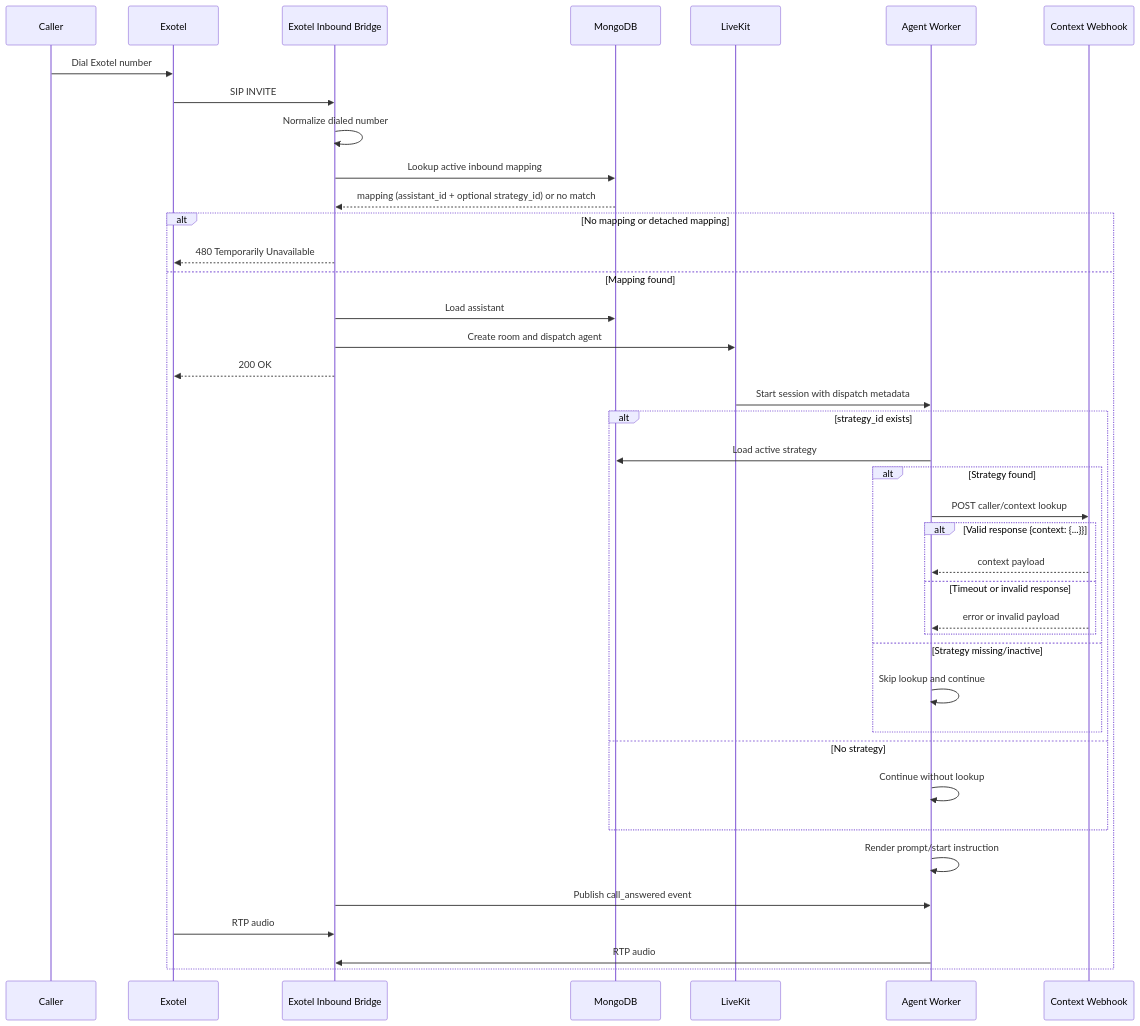
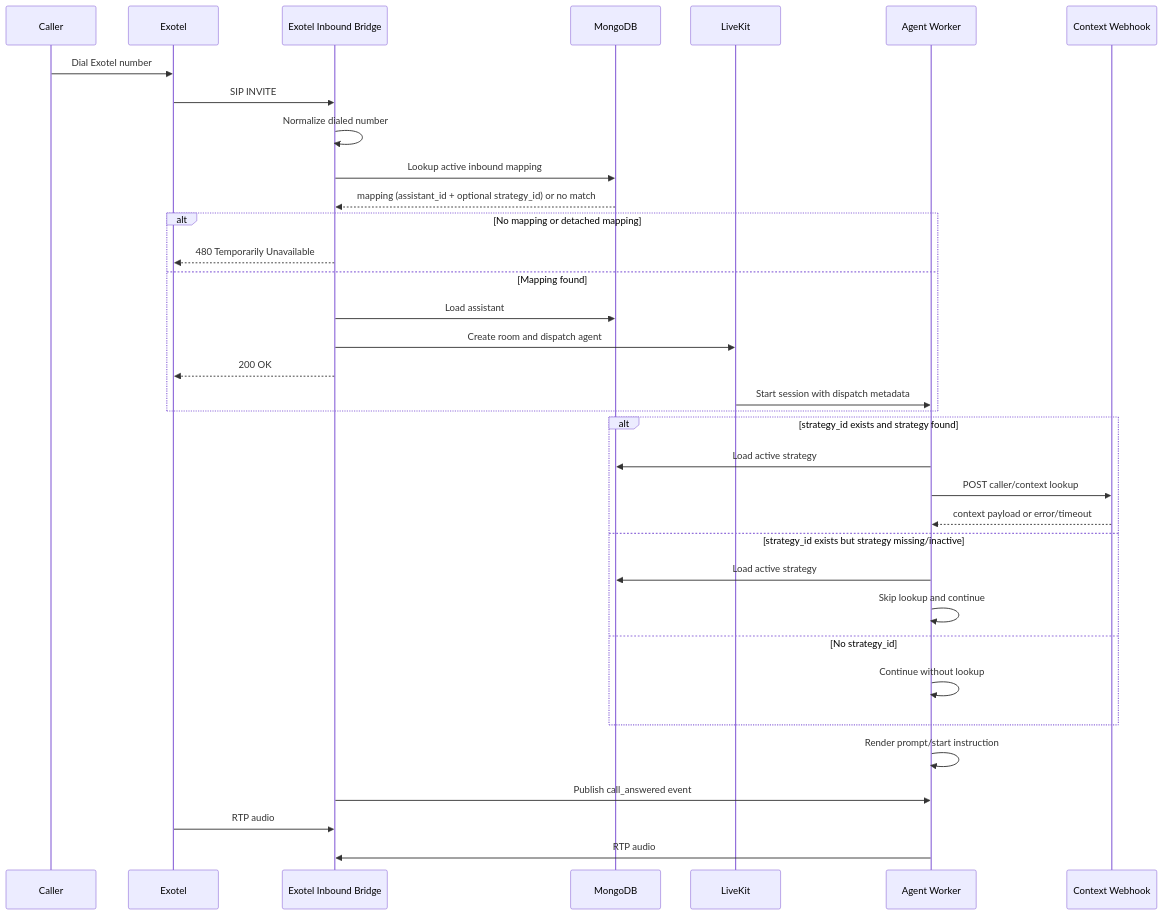
One commit to ShubhamX-AI/api_livekit changed the diagram in docs/api/inbound/flow.md. Above: the diagram before and after it, drawn with Mermaid. The commit also changed 2 other files, not shown here.

Commit message:
docs: fix Mermaid syntax errors in flow diagrams
  Nested alt blocks and curly braces in labels broke diagram
  rendering. Unicode arrows (→) replaced for parser safety.

  - Flatten nested alt in architecture.md inbound sequence
  - Flatten nested alt in inbound/flow.md routing block
  - Remove {} from all message labels (call_hold, call_resume,
    room_token, queue_id, status)
  - Replace → with = or plain text in label strings

````diff
--- a/docs/api/inbound/flow.md
+++ b/docs/api/inbound/flow.md
@@ -73,43 +73,38 @@
 ```mermaid
 sequenceDiagram
     participant Caller
     participant Exotel
     participant Bridge as Exotel Inbound Bridge
     participant DB as MongoDB
     participant LK as LiveKit
     participant Agent as Agent Worker
     participant Webhook as Context Webhook
 
     Caller->>Exotel: Dial Exotel number
     Exotel->>Bridge: SIP INVITE
     Bridge->>Bridge: Normalize dialed number
     Bridge->>DB: Lookup active inbound mapping
     DB-->>Bridge: mapping (assistant_id + optional strategy_id) or no match
     alt No mapping or detached mapping
         Bridge-->>Exotel: 480 Temporarily Unavailable
     else Mapping found
         Bridge->>DB: Load assistant
         Bridge->>LK: Create room and dispatch agent
         Bridge-->>Exotel: 200 OK
         LK->>Agent: Start session with dispatch metadata
-        alt strategy_id exists
-            Agent->>DB: Load active strategy
-            alt Strategy found
-                Agent->>Webhook: POST caller/context lookup
-                alt Valid response {context: {...}}
-                    Webhook-->>Agent: context payload
-                else Timeout or invalid response
-                    Webhook-->>Agent: error or invalid payload
-                end
-            else Strategy missing/inactive
-                Agent->>Agent: Skip lookup and continue
-            end
-        else No strategy
-            Agent->>Agent: Continue without lookup
-        end
-        Agent->>Agent: Render prompt/start instruction
-        Bridge->>Agent: Publish call_answered event
-        Exotel->>Bridge: RTP audio
-        Agent->>Bridge: RTP audio
     end
+    alt strategy_id exists and strategy found
+        Agent->>DB: Load active strategy
+        Agent->>Webhook: POST caller/context lookup
+        Webhook-->>Agent: context payload or error/timeout
+    else strategy_id exists but strategy missing/inactive
+        Agent->>DB: Load active strategy
+        Agent->>Agent: Skip lookup and continue
+    else No strategy_id
+        Agent->>Agent: Continue without lookup
+    end
+    Agent->>Agent: Render prompt/start instruction
+    Bridge->>Agent: Publish call_answered event
+    Exotel->>Bridge: RTP audio
+    Agent->>Bridge: RTP audio
 ```
````
